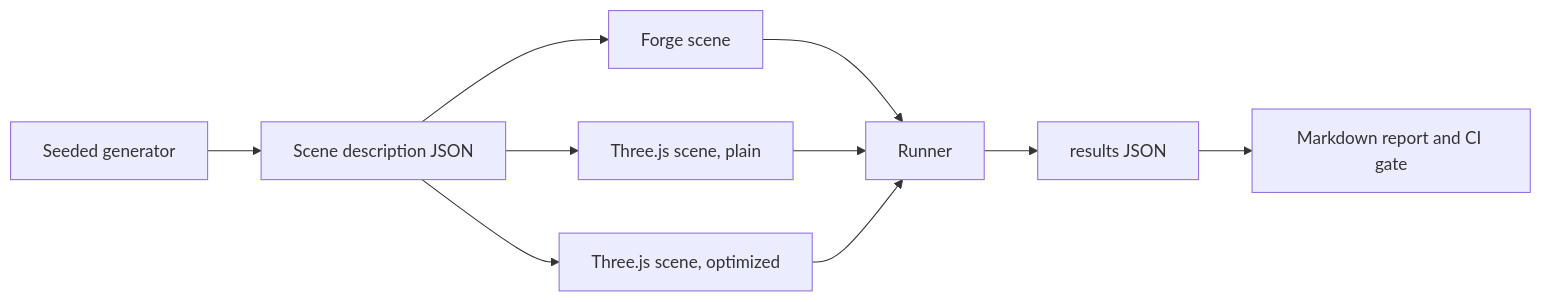
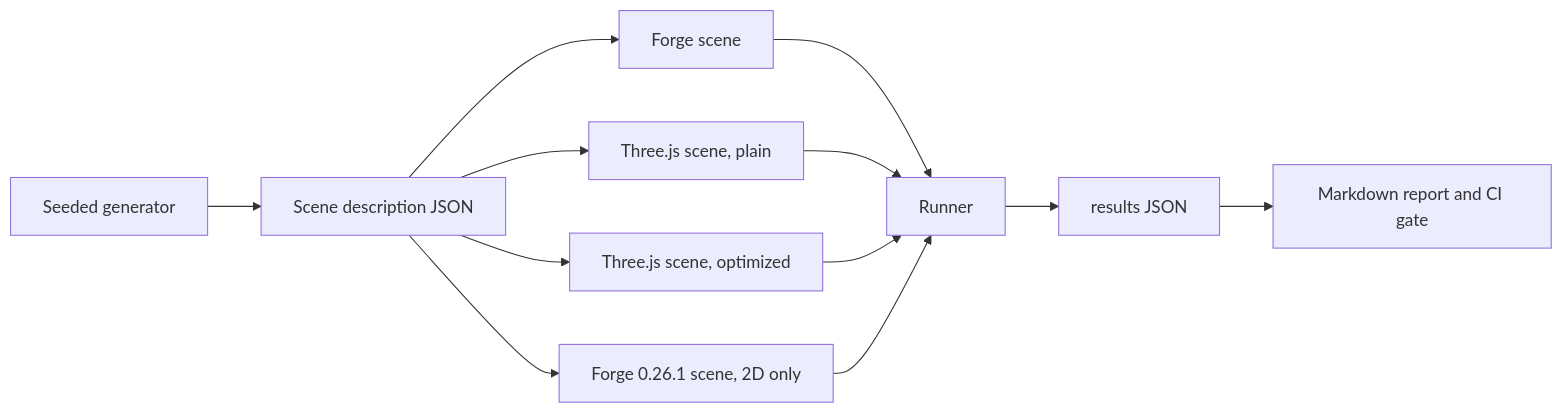
Before and after one commit to Forge-Game-Engine/Forge: the diagram in design/3d/01-testing-and-benchmarks.md, drawn with Mermaid. The commit also changed other lines of this file and 16 other files, not shown here.

````diff
--- a/design/3d/01-testing-and-benchmarks.md
+++ b/design/3d/01-testing-and-benchmarks.md
@@ -286,12 +346,14 @@
 ```mermaid
 flowchart LR
   G[Seeded generator] --> D[Scene description JSON]
   D --> F[Forge scene]
   D --> T[Three.js scene, plain]
   D --> TO[Three.js scene, optimized]
+  D --> F0[Forge 0.26.1 scene, 2D only]
   F --> R[Runner]
   T --> R
   TO --> R
+  F0 --> R
   R --> J[results JSON]
   J --> M[Markdown report and CI gate]
 ```
````
